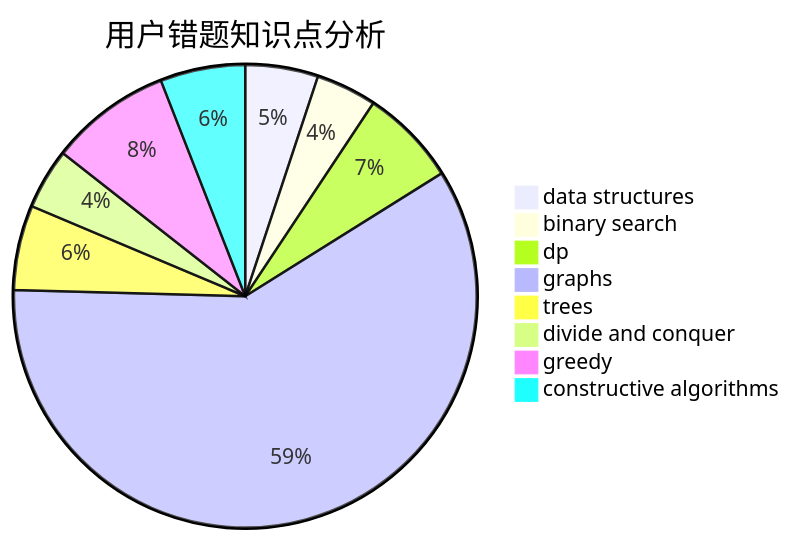
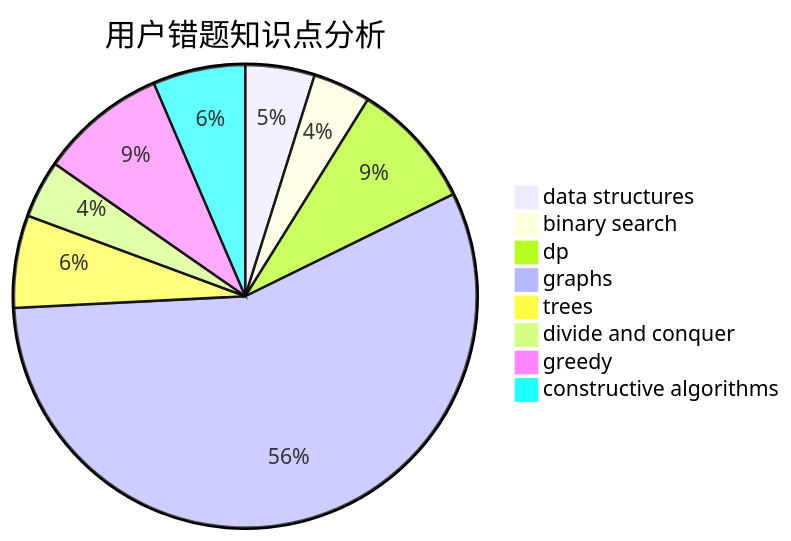
Before and after one commit to sherpahu/cfrs.github.io: the third of 3 diagrams in docs/user/u574.md, drawn with Mermaid. The commit also changed other lines of this file and 2770 other files, not shown here.

````diff
--- a/docs/user/u574.md
+++ b/docs/user/u574.md
@@ -36,11 +36,11 @@
 ```mermaid
 pie title 用户错题知识点分析
     "data structures" :  6
     "binary search" :  5
-    "dp" :  8
+    "dp" :  11
     "graphs" :  70
-    "trees" :  7
+    "trees" :  8
     "divide and conquer" :  5
-    "greedy" :  10
-    "constructive algorithms" :  7
+    "greedy" :  11
+    "constructive algorithms" :  8
 ```
````
